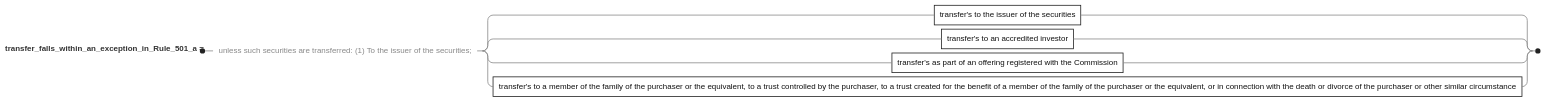
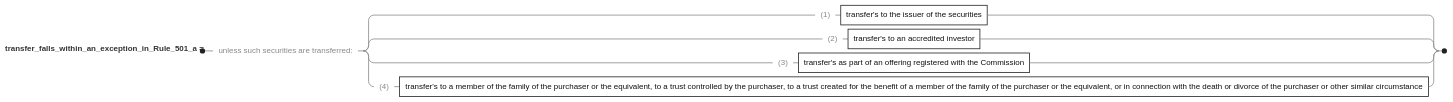
Before and after one commit to legalese/l4-ide: the diagram in jl4/examples/legal/regcf/figures/regcf-resale-exceptions.mmd, drawn with Mermaid. The commit also changed 14 other files, not shown here.

```diff
--- a/jl4/examples/legal/regcf/figures/regcf-resale-exceptions.mmd
+++ b/jl4/examples/legal/regcf/figures/regcf-resale-exceptions.mmd
@@ -1,16 +1,16 @@
 ---
 config:
   railroad:
     nonTerminalFill: "#ffffff"
     nonTerminalStroke: "#222222"
     nonTerminalTextColor: "#111111"
     terminalFill: "transparent"
     terminalStroke: "transparent"
     terminalTextColor: "#888888"
     lineColor: "#8a8a8a"
     markerFill: "#222222"
     strokeWidth: 1.5
     fontSize: 15
 ---
 railroad-beta
-transfer_falls_within_an_exception_in_Rule_501_a = sequence(terminal("unless such securities are transferred: (1) To the issuer of the securities;"), choice(nonterminal("transfer's to the issuer of the securities"), nonterminal("transfer's to an accredited investor"), nonterminal("transfer's as part of an offering registered with the Commission"), nonterminal("transfer's to a member of the family of the purchaser or the equivalent, to a trust controlled by the purchaser, to a trust created for the benefit of a member of the family of the purchaser or the equivalent, or in connection with the death or divorce of the purchaser or other similar circumstance")));
+transfer_falls_within_an_exception_in_Rule_501_a = sequence(terminal("unless such securities are transferred:"), choice(sequence(terminal("(1)"), nonterminal("transfer's to the issuer of the securities")), sequence(terminal("(2)"), nonterminal("transfer's to an accredited investor")), sequence(terminal("(3)"), nonterminal("transfer's as part of an offering registered with the Commission")), sequence(terminal("(4)"), nonterminal("transfer's to a member of the family of the purchaser or the equivalent, to a trust controlled by the purchaser, to a trust created for the benefit of a member of the family of the purchaser or the equivalent, or in connection with the death or divorce of the purchaser or other similar circumstance"))));
```
